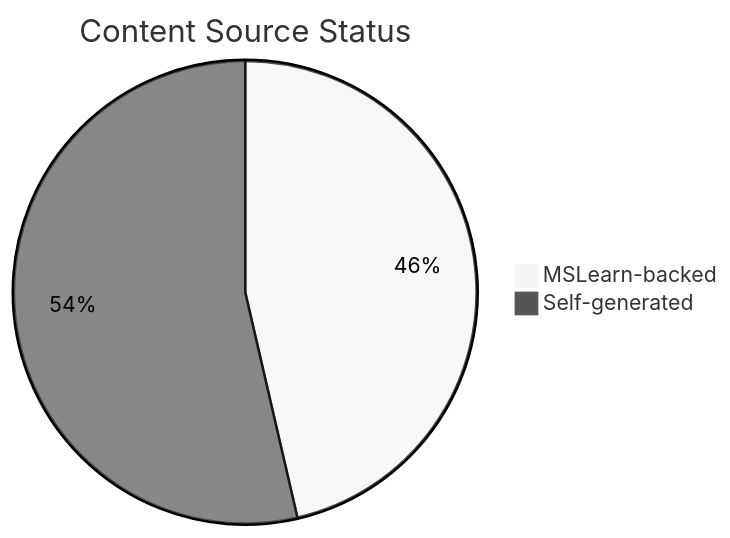
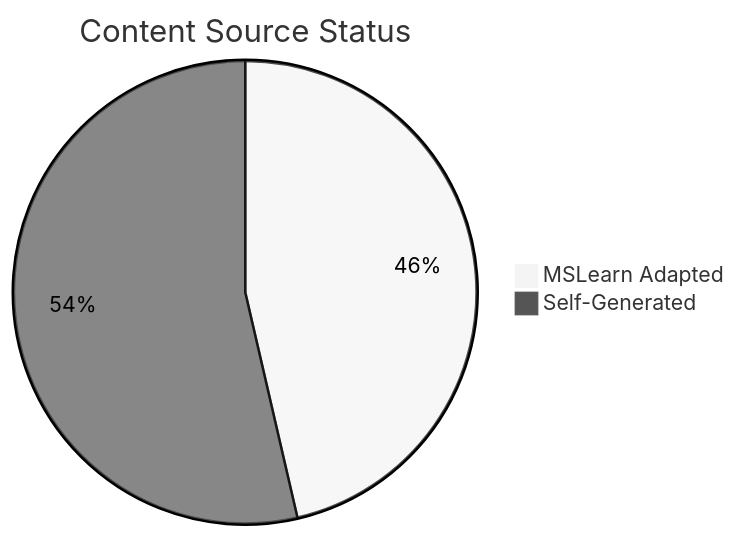
One commit to yeongseon/azure-kubernetes-service-practical-guide changed the diagram in docs/reference/content-validation-status.md. Above: the diagram before and after it, drawn with Mermaid (neutral theme). The commit also changed other lines of this file, not shown here.

````diff
--- a/docs/reference/content-validation-status.md
+++ b/docs/reference/content-validation-status.md
@@ -34,5 +30,5 @@
 ```mermaid
 pie title Content Source Status
-    "MSLearn-backed" : 32
-    "Self-generated" : 37
+    "MSLearn Adapted" : 32
+    "Self-Generated" : 37
 ```
````
